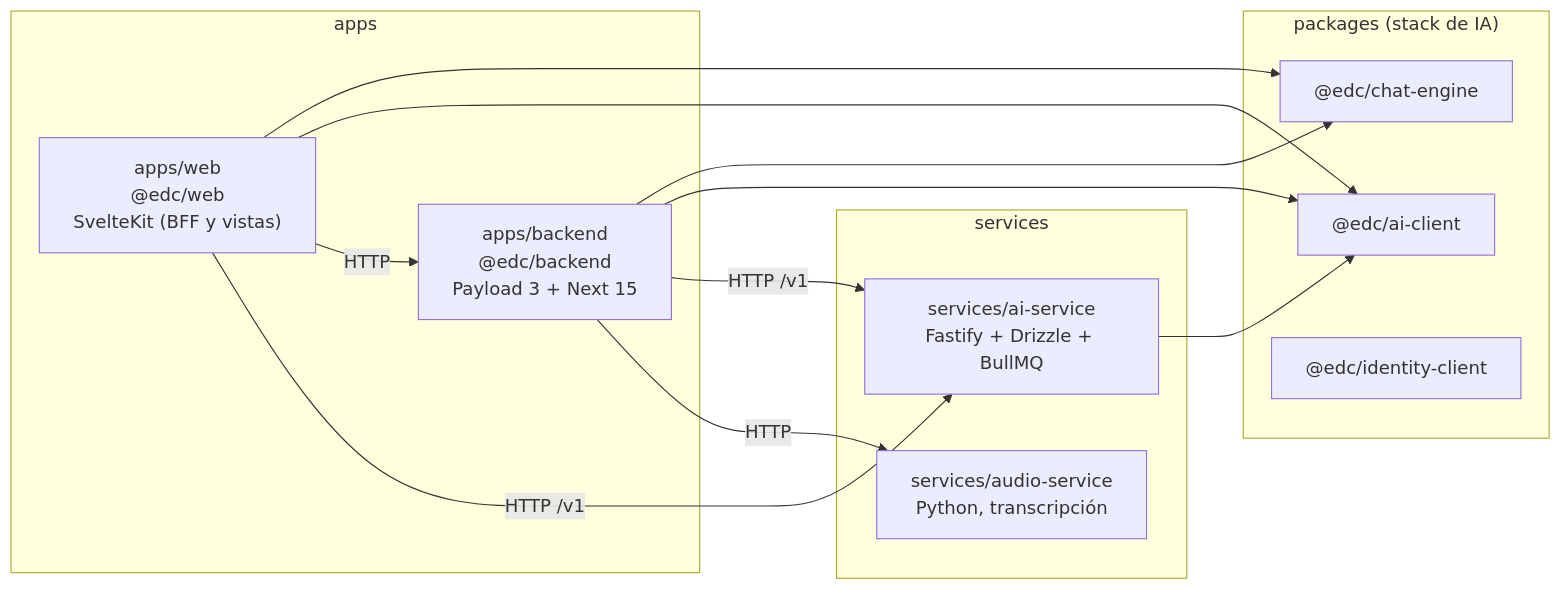
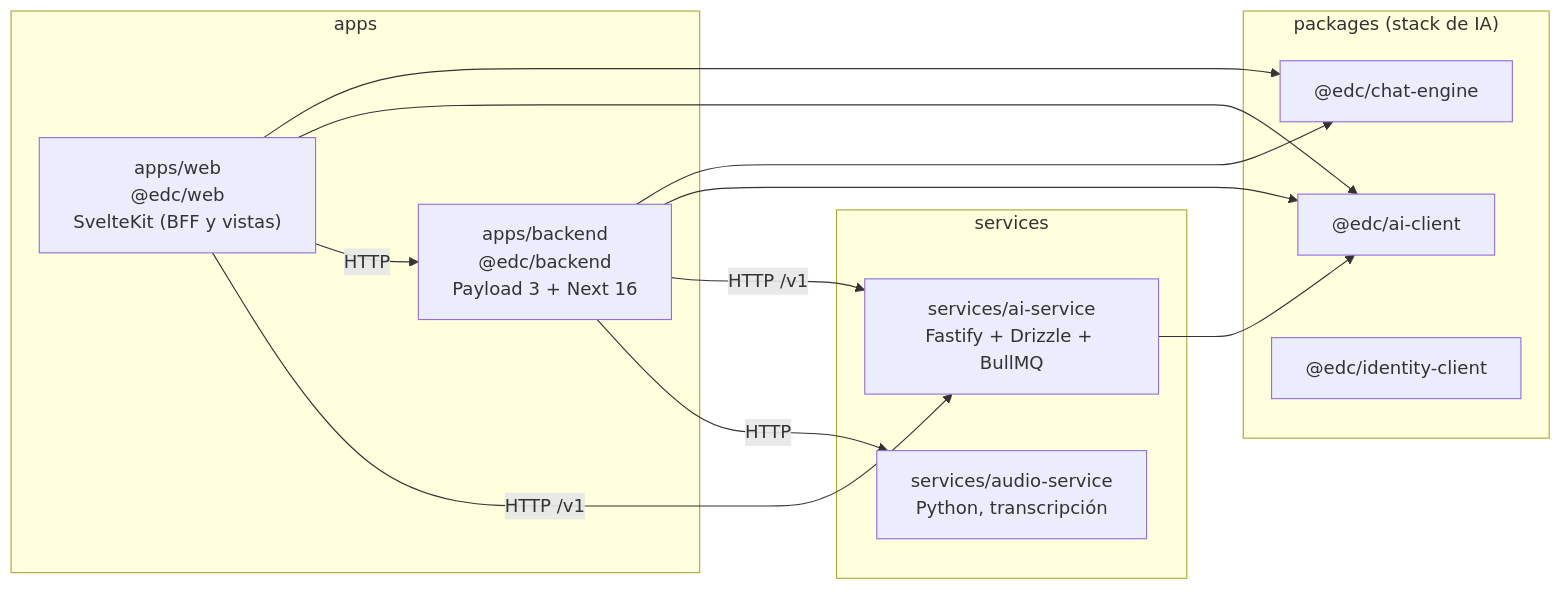
The diagram in docs/08-manuales/guia-del-desarrollador.md (ecosistemas-de-conocimiento/ecosistemas-de-conocimiento), drawn with Mermaid before and after one commit. The commit also changed other lines of this file and 14 other files, not shown here.

````diff
--- a/docs/08-manuales/guia-del-desarrollador.md
+++ b/docs/08-manuales/guia-del-desarrollador.md
@@ -18,25 +18,25 @@
 ```mermaid
 flowchart LR
     subgraph apps
         WEB["apps/web<br/>@edc/web<br/>SvelteKit (BFF y vistas)"]
-        BE["apps/backend<br/>@edc/backend<br/>Payload 3 + Next 15"]
+        BE["apps/backend<br/>@edc/backend<br/>Payload 3 + Next 16"]
     end
     subgraph packages["packages (stack de IA)"]
         CE["@edc/chat-engine"]
         AC["@edc/ai-client"]
         IC["@edc/identity-client"]
     end
     subgraph services
         AI["services/ai-service<br/>Fastify + Drizzle + BullMQ"]
         AU["services/audio-service<br/>Python, transcripción"]
     end
     WEB --> CE
     WEB --> AC
     BE --> CE
     BE --> AC
     AI --> AC
     WEB -- HTTP --> BE
     WEB -- HTTP /v1 --> AI
     BE -- HTTP /v1 --> AI
     BE -- HTTP --> AU
 ```
````
